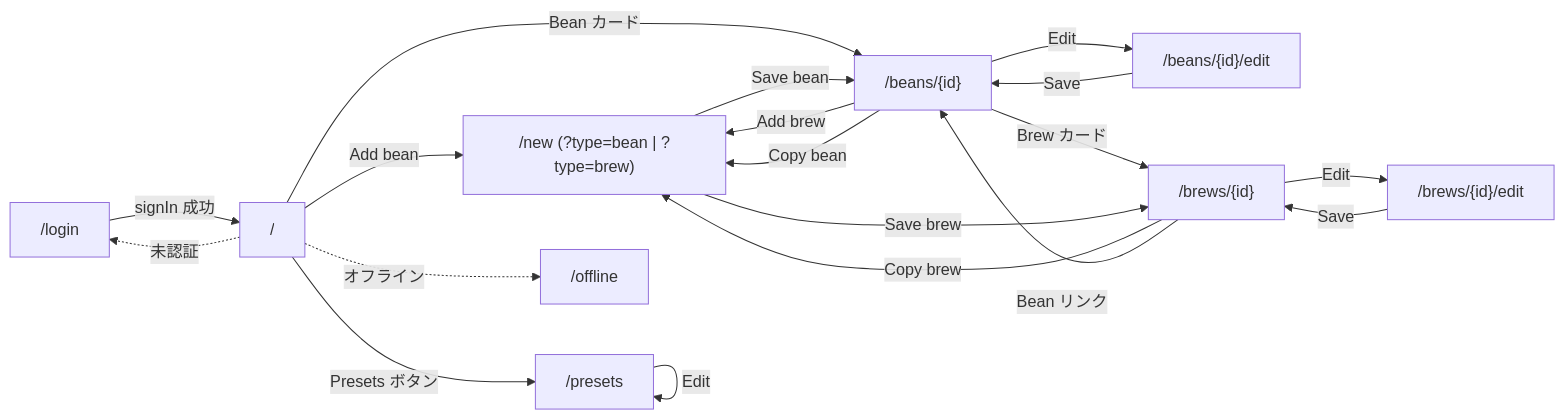
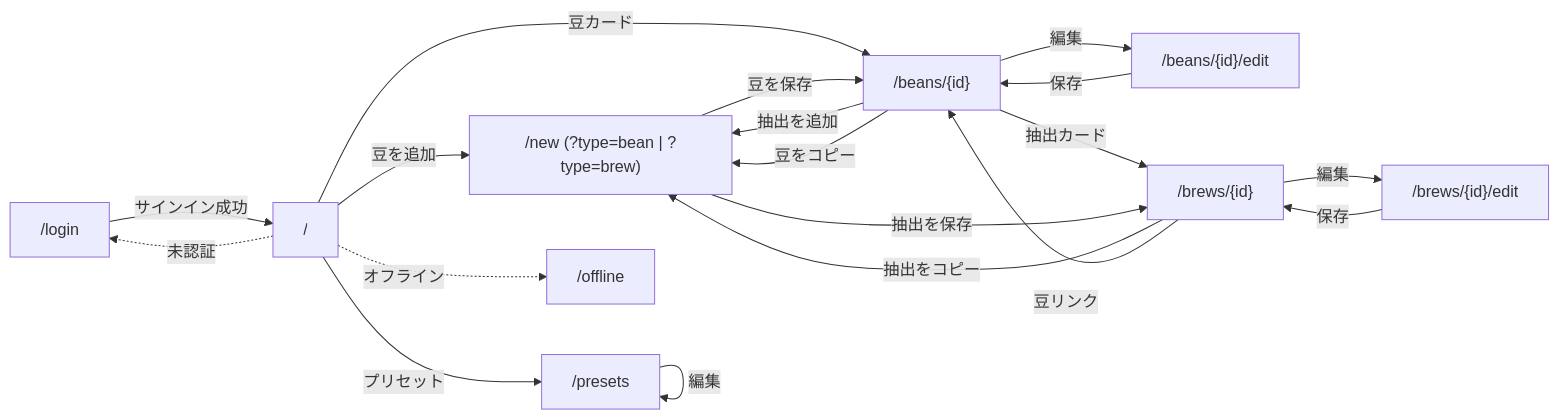
Before and after one commit to yjn279/brewia: the diagram in docs/screen-spec.md, drawn with Mermaid. The commit also changed other lines of this file and 3 other files, not shown here.

````diff
--- a/docs/screen-spec.md
+++ b/docs/screen-spec.md
@@ -25,31 +25,31 @@
 ```mermaid
 flowchart LR
-    Login["/login"]
-    Home["/"]
-    New["/new (?type=bean | ?type=brew)"]
-    BeanDetail["/beans/{id}"]
-    BeanEdit["/beans/{id}/edit"]
-    BrewDetail["/brews/{id}"]
-    BrewEdit["/brews/{id}/edit"]
-    Presets["/presets"]
-    Offline["/offline"]
+    login["/login"]
+    home["/"]
+    newEntry["/new (?type=bean | ?type=brew)"]
+    beanDetail["/beans/{id}"]
+    beanEdit["/beans/{id}/edit"]
+    brewDetail["/brews/{id}"]
+    brewEdit["/brews/{id}/edit"]
+    presets["/presets"]
+    offline["/offline"]
 
-    Login -->|signIn 成功| Home
-    Home -->|Add bean| New
-    Home -->|Bean カード| BeanDetail
-    Home -->|Presets ボタン| Presets
-    BeanDetail -->|Edit| BeanEdit
-    BeanDetail -->|Add brew| New
-    BeanDetail -->|Copy bean| New
-    BeanDetail -->|Brew カード| BrewDetail
-    BeanEdit -->|Save| BeanDetail
-    BrewDetail -->|Edit| BrewEdit
-    BrewDetail -->|Copy brew| New
-    BrewDetail -->|Bean リンク| BeanDetail
-    BrewEdit -->|Save| BrewDetail
-    Presets -->|Edit| Presets
-    New -->|Save bean| BeanDetail
-    New -->|Save brew| BrewDetail
-    Home -.->|未認証| Login
-    Home -.->|オフライン| Offline
+    login -->|サインイン成功| home
+    home -->|豆を追加| newEntry
+    home -->|豆カード| beanDetail
+    home -->|プリセット| presets
+    beanDetail -->|編集| beanEdit
+    beanDetail -->|抽出を追加| newEntry
+    beanDetail -->|豆をコピー| newEntry
+    beanDetail -->|抽出カード| brewDetail
+    beanEdit -->|保存| beanDetail
+    brewDetail -->|編集| brewEdit
+    brewDetail -->|抽出をコピー| newEntry
+    brewDetail -->|豆リンク| beanDetail
+    brewEdit -->|保存| brewDetail
+    presets -->|編集| presets
+    newEntry -->|豆を保存| beanDetail
+    newEntry -->|抽出を保存| brewDetail
+    home -.->|未認証| login
+    home -.->|オフライン| offline
 ```
````
